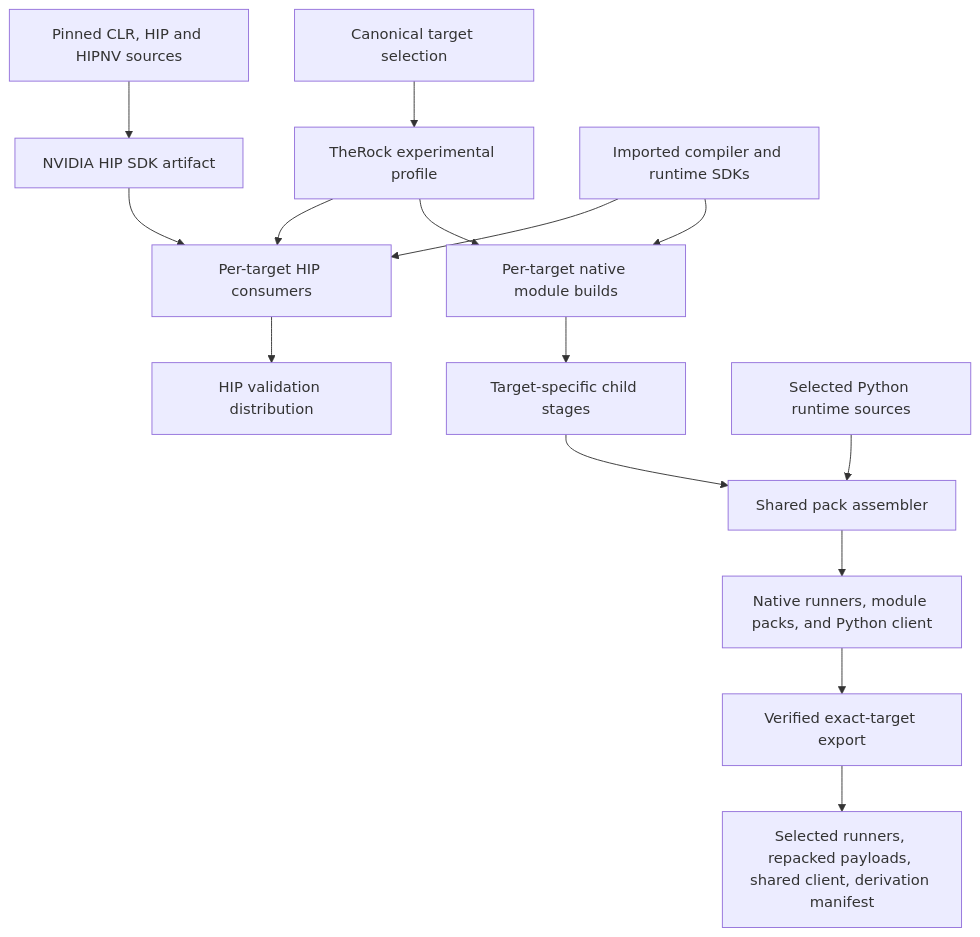
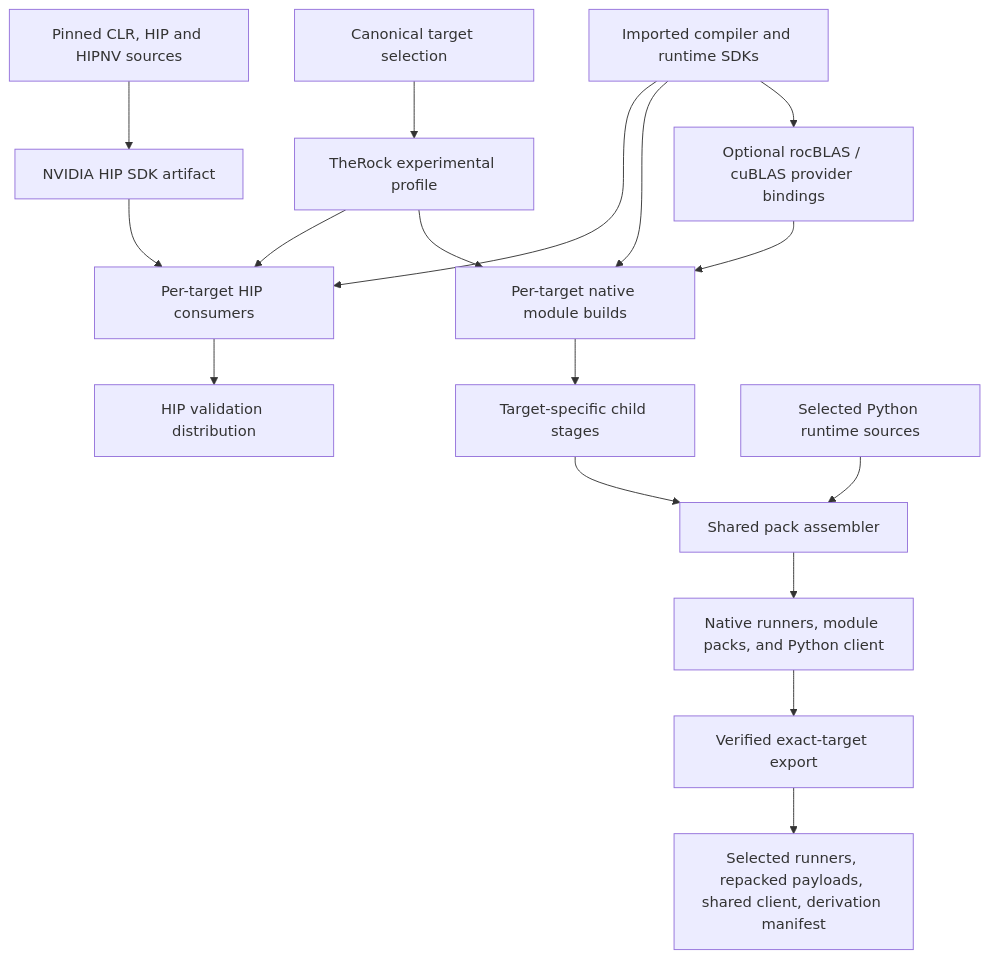
Before and after one commit to powderluv/TheRock: the first of 2 diagrams in docs/development/multi-vendor-architecture.md, drawn with Mermaid. The commit also changed other lines of this file and 25 other files, not shown here.

````diff
--- a/docs/development/multi-vendor-architecture.md
+++ b/docs/development/multi-vendor-architecture.md
@@ -87,17 +87,19 @@
 ```mermaid
 flowchart TD
     Targets["Canonical target selection"] --> Profile["TheRock experimental profile"]
     Sources["Pinned CLR, HIP and HIPNV sources"] --> HipSdk["NVIDIA HIP SDK artifact"]
     Profile --> Hip["Per-target HIP consumers"]
     HipSdk --> Hip
     Sdks["Imported compiler and runtime SDKs"] --> Hip
     Sdks --> Native["Per-target native module builds"]
     Profile --> Native
+    Sdks --> Blas["Optional rocBLAS / cuBLAS provider bindings"]
+    Blas --> Native
     Hip --> HipDist["HIP validation distribution"]
     Native --> Stages["Target-specific child stages"]
     Stages --> Assemble["Shared pack assembler"]
     Python["Selected Python runtime sources"] --> Assemble
     Assemble --> ModuleDist["Native runners, module packs, and Python client"]
     ModuleDist --> Export["Verified exact-target export"]
     Export --> Profiles["Selected runners, repacked payloads, shared client, derivation manifest"]
 ```
````
